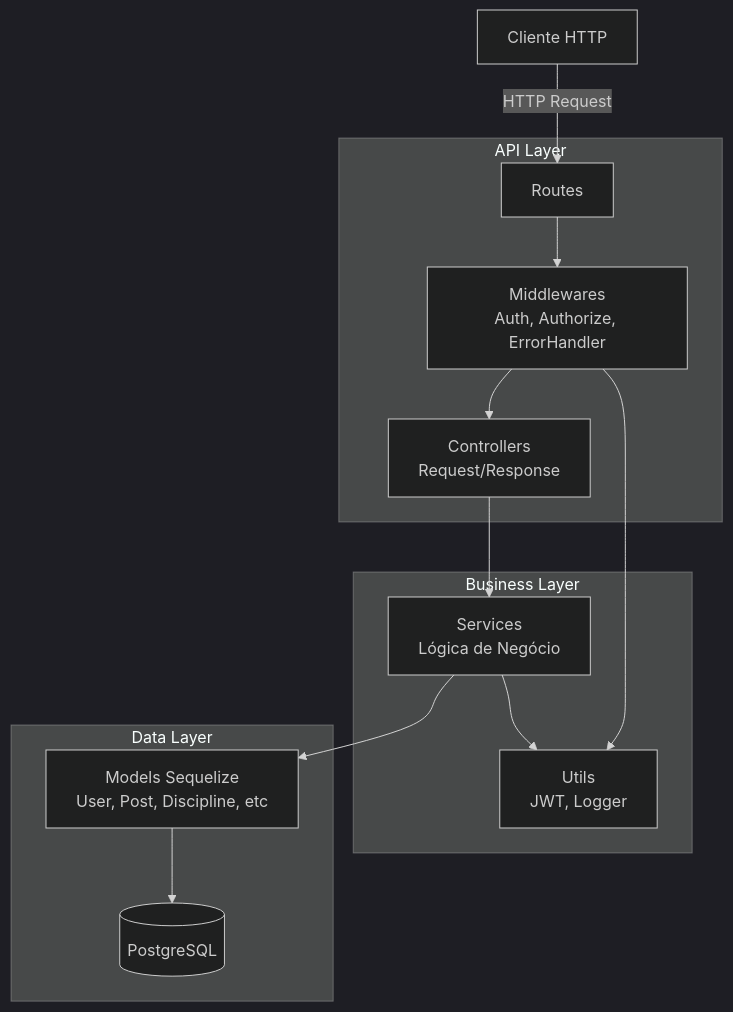
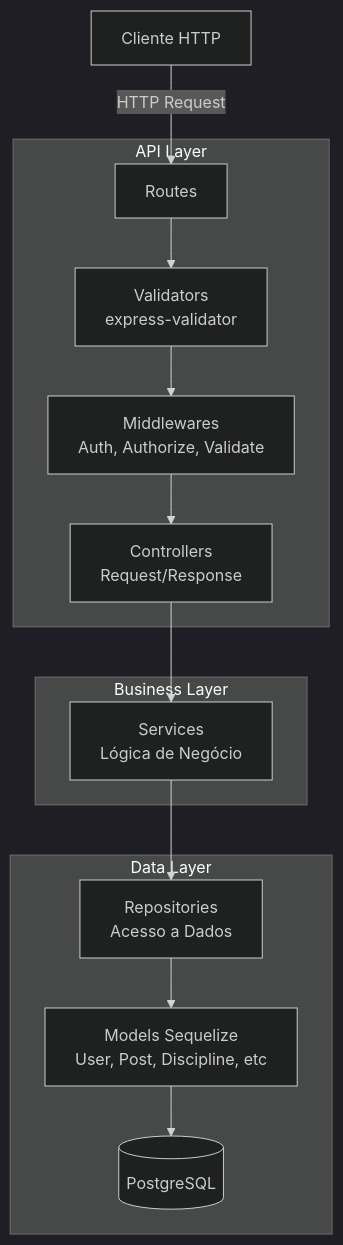
Before and after one commit to natanjunior/8FSDT-tech-challenge-2: the first of 6 diagrams in README.md, drawn with Mermaid (dark theme). The commit also changed other lines of this file and 25 other files, not shown here.

````diff
--- a/README.md
+++ b/README.md
@@ -120,29 +111,30 @@
 ```mermaid
 graph TB
     Client[Cliente HTTP]
 
     subgraph "API Layer"
         Routes[Routes]
-        Middlewares[Middlewares<br/>Auth, Authorize, ErrorHandler]
+        Middlewares[Middlewares<br/>Auth, Authorize, Validate]
         Controllers[Controllers<br/>Request/Response]
+        Validators[Validators<br/>express-validator]
     end
 
     subgraph "Business Layer"
         Services[Services<br/>Lógica de Negócio]
-        Utils[Utils<br/>JWT, Logger]
     end
 
     subgraph "Data Layer"
+        Repositories[Repositories<br/>Acesso a Dados]
         Models[Models Sequelize<br/>User, Post, Discipline, etc]
         DB[(PostgreSQL)]
     end
 
     Client -->|HTTP Request| Routes
-    Routes --> Middlewares
+    Routes --> Validators
+    Validators --> Middlewares
     Middlewares --> Controllers
     Controllers --> Services
-    Services --> Models
+    Services --> Repositories
+    Repositories --> Models
     Models --> DB
-    Services --> Utils
-    Middlewares --> Utils
 ```
````
